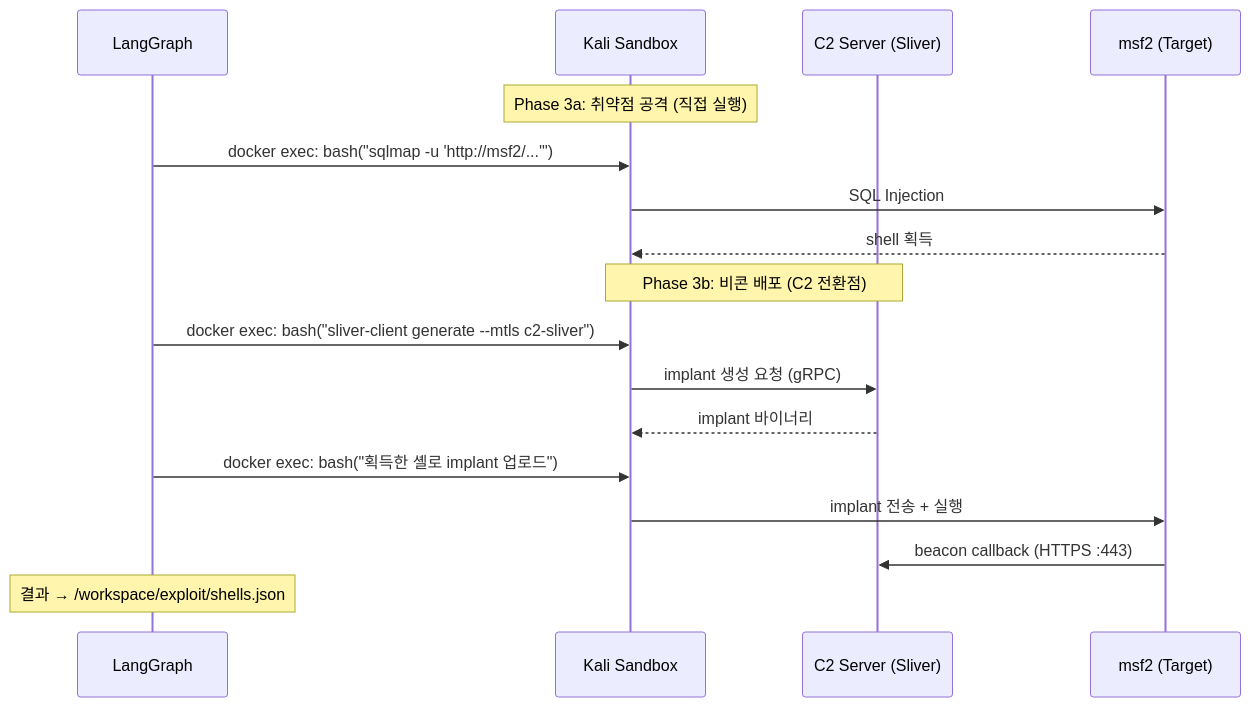
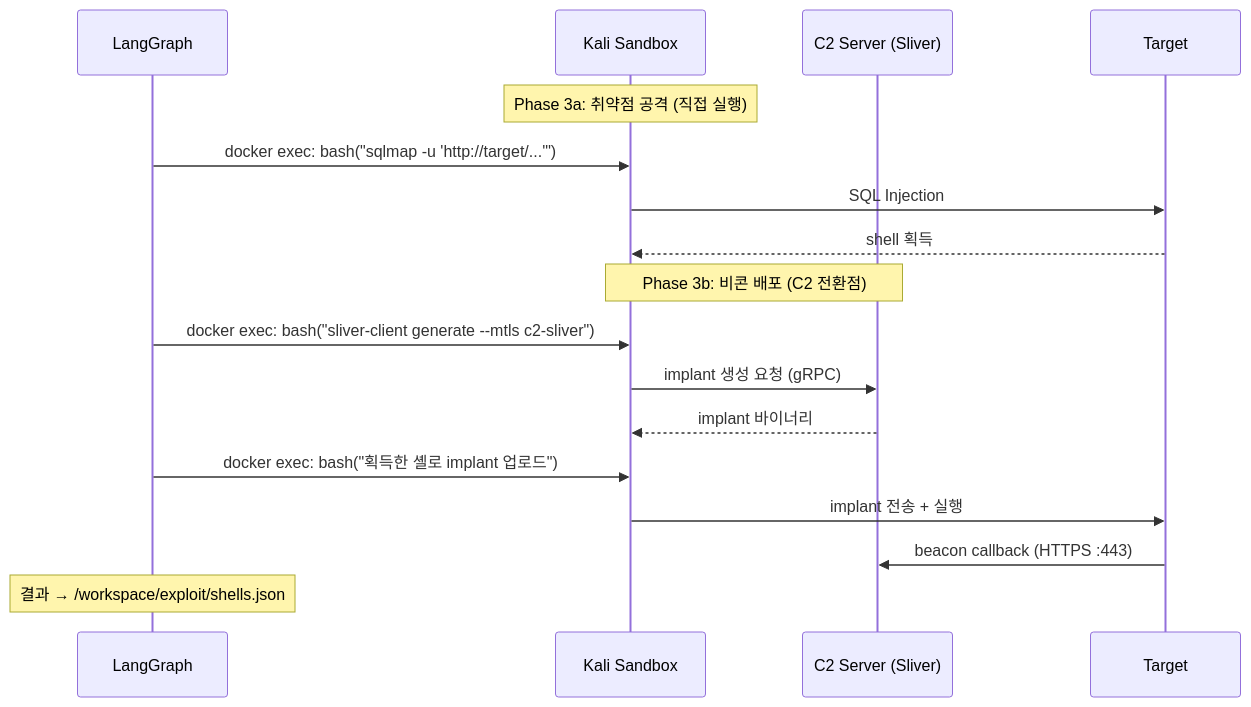
One commit to musicsms/decepticon changed the seventh of 12 diagrams in docs/architecture/red-team-infrastructure.md. Above: the diagram before and after it, drawn with Mermaid. The commit also changed other lines of this file and 19 other files, not shown here.

````diff
--- a/docs/architecture/red-team-infrastructure.md
+++ b/docs/architecture/red-team-infrastructure.md
@@ -331,22 +326,22 @@
 ```mermaid
 sequenceDiagram
     participant LG as LangGraph
     participant K as Kali Sandbox
     participant C2 as C2 Server (Sliver)
-    participant T as msf2 (Target)
+    participant T as Target
 
     Note over K: Phase 3a: 취약점 공격 (직접 실행)
-    LG->>K: docker exec: bash("sqlmap -u 'http://msf2/...'")
+    LG->>K: docker exec: bash("sqlmap -u 'http://target/...'")
     K->>T: SQL Injection
     T-->>K: shell 획득
 
     Note over K,C2: Phase 3b: 비콘 배포 (C2 전환점)
     LG->>K: docker exec: bash("sliver-client generate --mtls c2-sliver")
     K->>C2: implant 생성 요청 (gRPC)
     C2-->>K: implant 바이너리
     LG->>K: docker exec: bash("획득한 셸로 implant 업로드")
     K->>T: implant 전송 + 실행
     T->>C2: beacon callback (HTTPS :443)
 
     Note over LG: 결과 → /workspace/exploit/shells.json
 ```
````
